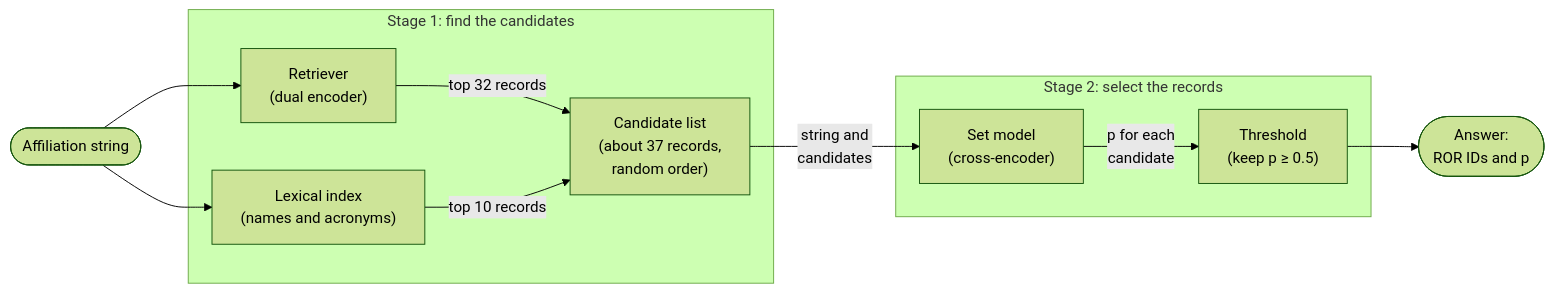
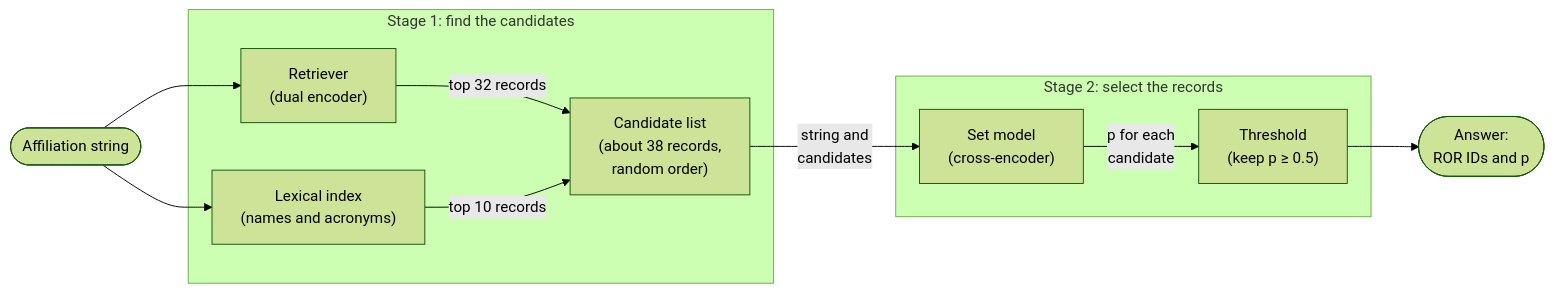
One commit to adambuttrick/ror-set-point-matching changed the diagram in README.md. Above: the diagram before and after it, drawn with Mermaid (forest theme). The commit also changed other lines of this file and 20 other files, not shown here.

````diff
--- a/README.md
+++ b/README.md
@@ -11,21 +11,21 @@
 ```mermaid
 flowchart LR
     S(["Affiliation string"])
     subgraph stage1 ["Stage 1: find the candidates"]
         R["Retriever<br/>(dual encoder)"]
         L["Lexical index<br/>(names and acronyms)"]
-        C["Candidate list<br/>(about 37 records,<br/>random order)"]
+        C["Candidate list<br/>(about 38 records,<br/>random order)"]
     end
     subgraph stage2 ["Stage 2: select the records"]
         M["Set model<br/>(cross-encoder)"]
         T["Threshold<br/>(keep p ≥ 0.5)"]
     end
     A(["Answer:<br/>ROR IDs and p"])
     S --> R
     S --> L
     R -- "top 32 records" --> C
     L -- "top 10 records" --> C
     C -- "string and<br/>candidates" --> M
     M -- "p for each<br/>candidate" --> T
     T --> A
 ```
````
